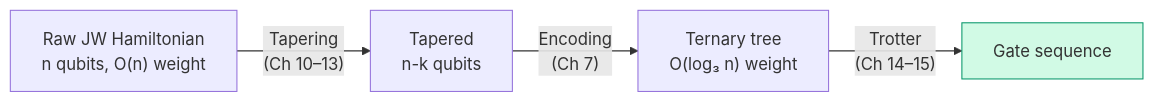
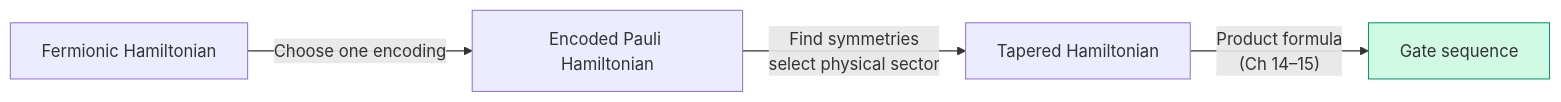
The diagram in manuscript/17-cost-analysis.md (johnazariah/encodings-book), drawn with Mermaid before and after one commit. The commit also changed other lines of this file and 81 other files, not shown here.

````diff
--- a/manuscript/17-cost-analysis.md
+++ b/manuscript/17-cost-analysis.md
@@ -17,8 +18,8 @@
 ```mermaid
 flowchart LR
-    RAW["Raw JW Hamiltonian<br/>n qubits, O(n) weight"]
-    RAW --> |"Tapering<br/>(Ch 10–13)"| TAP["Tapered<br/>n-k qubits"]
-    TAP --> |"Encoding<br/>(Ch 7)"| ENC["Ternary tree<br/>O(log₃ n) weight"]
-    ENC --> |"Trotter<br/>(Ch 14–15)"| TROT["Gate sequence"]
+    FERM["Fermionic Hamiltonian"]
+    FERM --> |"Choose one encoding"| ENC["Encoded Pauli Hamiltonian"]
+    ENC --> |"Find symmetries<br/>select physical sector"| TAP["Tapered Hamiltonian"]
+    TAP --> |"Product formula<br/>(Ch 14–15)"| TROT["Gate sequence"]
     style TROT fill:#d1fae5,stroke:#059669
 ```
````
